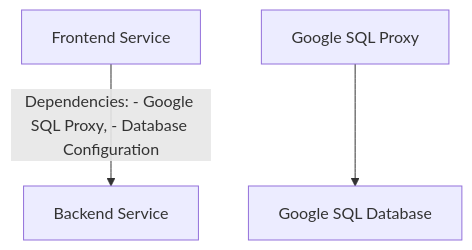
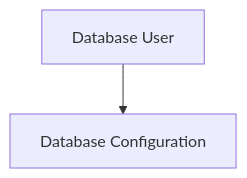
The fifth of 9 diagrams in README.md (Hacka25/webapp), drawn with Mermaid before and after one commit. The commit also changed other lines of this file, not shown here.

Commit message:
[skip-autodocs] Update README and architecture diagram

````diff
--- a/README.md
+++ b/README.md
@@ -99,5 +89,4 @@
 ```mermaid
 graph TD
-    A[Frontend Service] -->|Dependencies: - Google SQL Proxy, - Database Configuration| B[Backend Service]
-    C[Google SQL Proxy] --> D[Google SQL Database]
+    G[Database User] --> H[Database Configuration]
 ```
````
